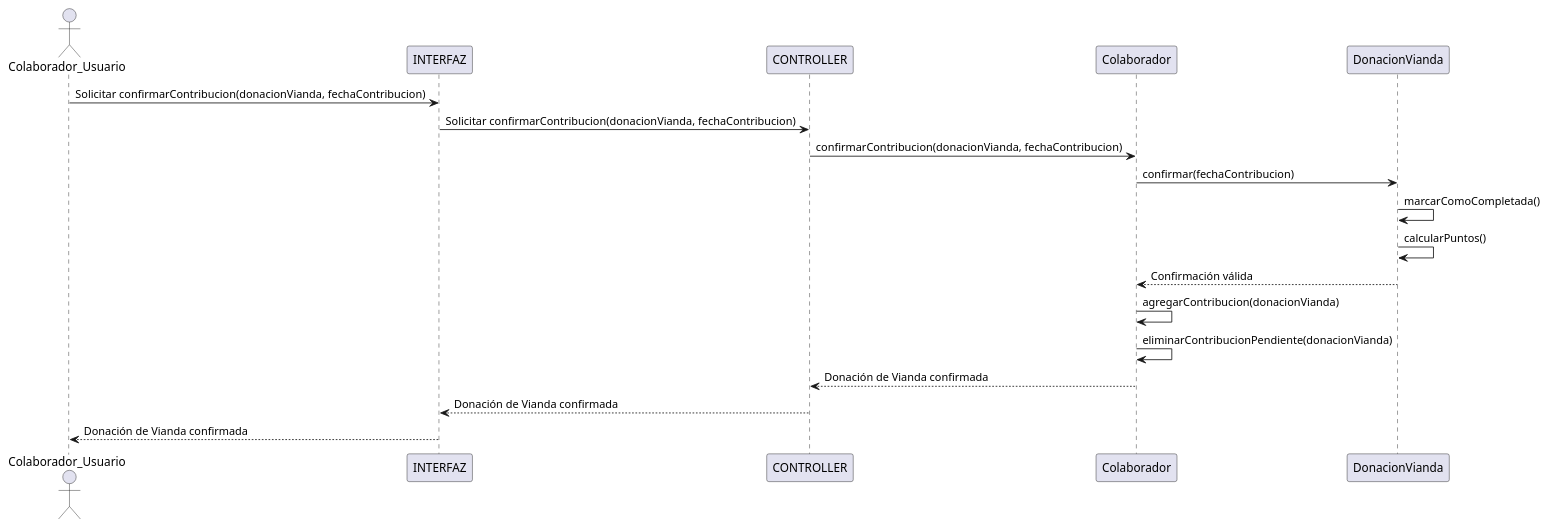
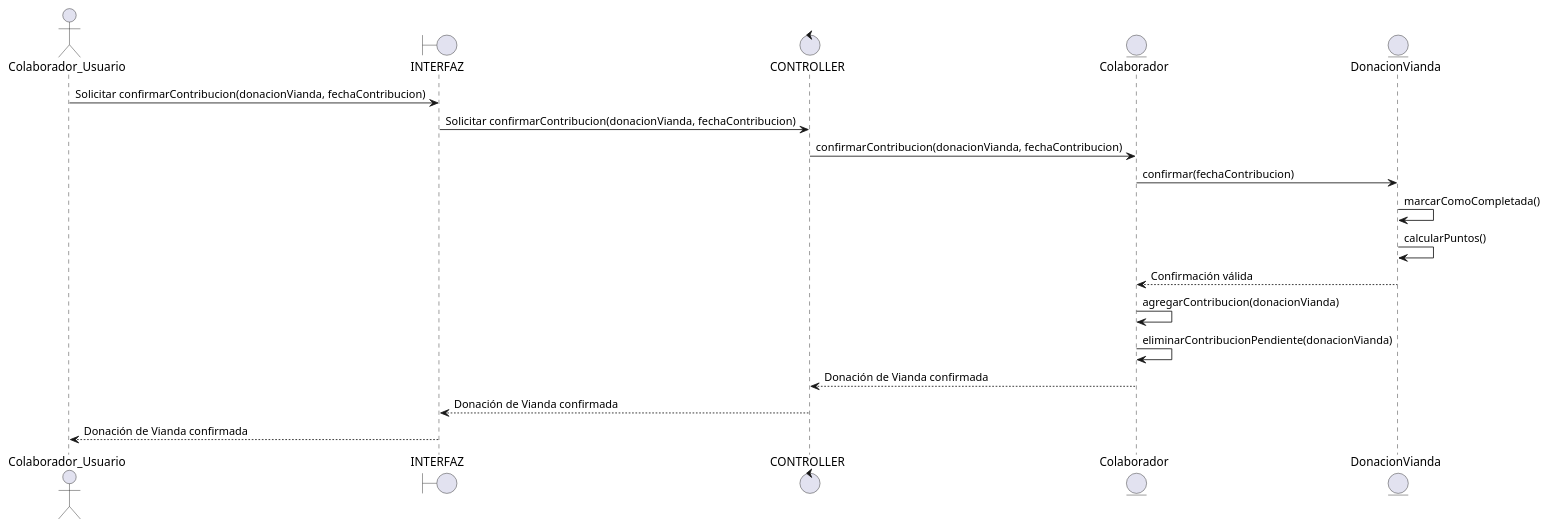
The diagram in proyecto_heladeras_solidarias/docs/plant_uml/diagramas_secuencia/donar_vianda/donar_vianda_confirmar.plantuml (luciacosenza/DDS-grupo10), drawn with PlantUML before and after one commit. The commit also changed 16 other files, not shown here.

Commit message:
Agrego iconos correctos a diagramas de secuencia

```diff
--- a/proyecto_heladeras_solidarias/docs/plant_uml/diagramas_secuencia/donar_vianda/donar_vianda_confirmar.plantuml
+++ b/proyecto_heladeras_solidarias/docs/plant_uml/diagramas_secuencia/donar_vianda/donar_vianda_confirmar.plantuml
@@ -1,20 +1,20 @@
 @startuml donar_vianda_confirmar
 actor Colaborador_Usuario as User
-participant INTERFAZ
-participant CONTROLLER
-participant "Colaborador" as Colaborador
-participant "DonacionVianda" as DonacionVianda
+boundary INTERFAZ
+control CONTROLLER
+entity "Colaborador" as Colaborador
+entity "DonacionVianda" as DonacionVianda
 
 User -> INTERFAZ: Solicitar confirmarContribucion(donacionVianda, fechaContribucion)
 INTERFAZ -> CONTROLLER: Solicitar confirmarContribucion(donacionVianda, fechaContribucion)
 CONTROLLER -> Colaborador: confirmarContribucion(donacionVianda, fechaContribucion)
 Colaborador -> DonacionVianda: confirmar(fechaContribucion)
 DonacionVianda -> DonacionVianda: marcarComoCompletada()
 DonacionVianda -> DonacionVianda: calcularPuntos()
 DonacionVianda --> Colaborador: Confirmación válida
 Colaborador -> Colaborador: agregarContribucion(donacionVianda)
 Colaborador -> Colaborador: eliminarContribucionPendiente(donacionVianda)
 Colaborador --> CONTROLLER: Donación de Vianda confirmada
 CONTROLLER --> INTERFAZ: Donación de Vianda confirmada
 INTERFAZ --> User: Donación de Vianda confirmada
 @enduml
```
